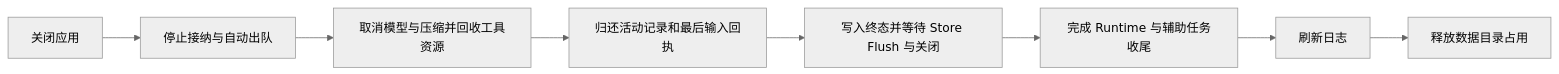
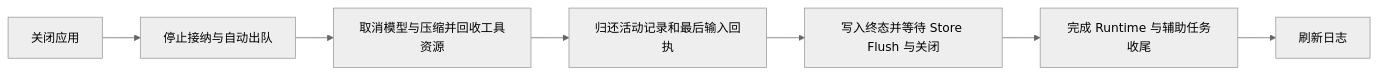
One commit to slc90/Agentelier changed the third of 3 diagrams in docs/design/session-context/05-architecture-integration.md. Above: the diagram before and after it, drawn with Mermaid (neutral theme). The commit also changed other lines of this file and 15 other files, not shown here.

````diff
--- a/docs/design/session-context/05-architecture-integration.md
+++ b/docs/design/session-context/05-architecture-integration.md
@@ -73,10 +73,9 @@
 ```mermaid
 flowchart LR
     Close[关闭应用] --> Gate[停止接纳与自动出队]
     Gate --> Cancel[取消模型与压缩并回收工具资源]
     Cancel --> Return[归还活动记录和最后输入回执]
     Return --> Flush[写入终态并等待 Store Flush 与关闭]
     Flush --> Runtime[完成 Runtime 与辅助任务收尾]
     Runtime --> Logs[刷新日志]
-    Logs --> Lock[释放数据目录占用]
 ```
````
